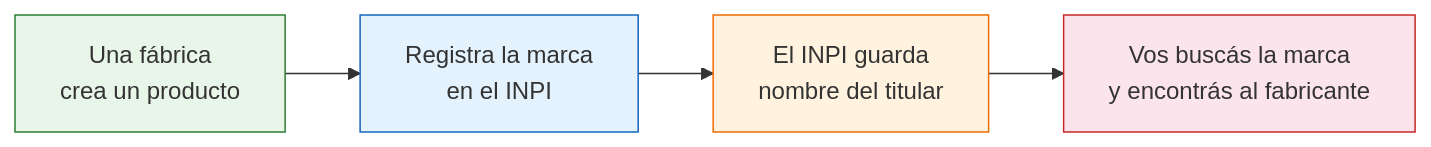
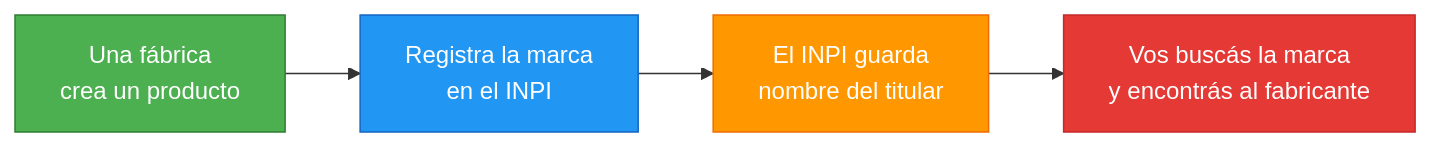
One commit to barrosignacioezequiel-coder/docs changed the diagram in app/paso1-argentina/encontrar-fabricas/inpi-marcas-patentes.mdx. Above: the diagram before and after it, drawn with Mermaid. The commit also changed 66 other files, not shown here.

First line of the commit message:
fix: resolve Mermaid v11 numbered list errors + improve contrast

````diff
--- a/app/paso1-argentina/encontrar-fabricas/inpi-marcas-patentes.mdx
+++ b/app/paso1-argentina/encontrar-fabricas/inpi-marcas-patentes.mdx
@@ -31,11 +31,11 @@
 ```mermaid
 graph LR
     A["Una fábrica<br/>crea un producto"] --> B["Registra la marca<br/>en el INPI"]
     B --> C["El INPI guarda<br/>nombre del titular"]
     C --> D["Vos buscás la marca<br/>y encontrás al fabricante"]
 
-    style A fill:#e8f5e9,stroke:#2e7d32
-    style B fill:#e3f2fd,stroke:#1565c0
-    style C fill:#fff3e0,stroke:#ef6c00
-    style D fill:#fce4ec,stroke:#c62828
+    style A fill:#4caf50,stroke:#2e7d32,color:#fff
+    style B fill:#2196f3,stroke:#1565c0,color:#fff
+    style C fill:#ff9800,stroke:#ef6c00,color:#fff
+    style D fill:#e53935,stroke:#c62828,color:#fff
 ```
````
